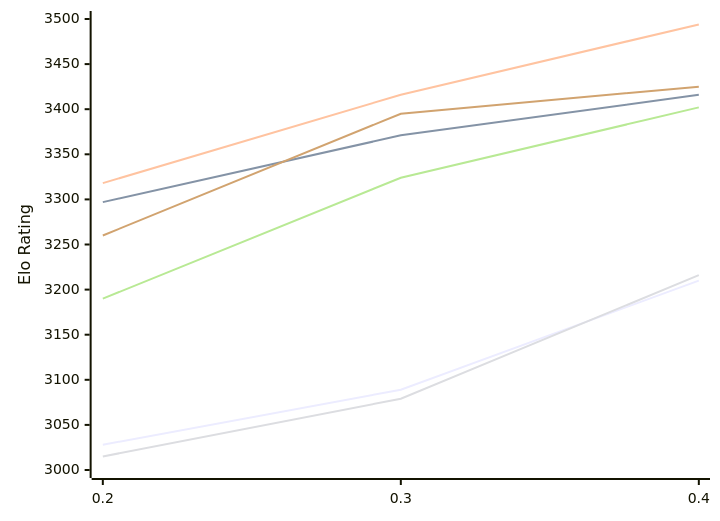
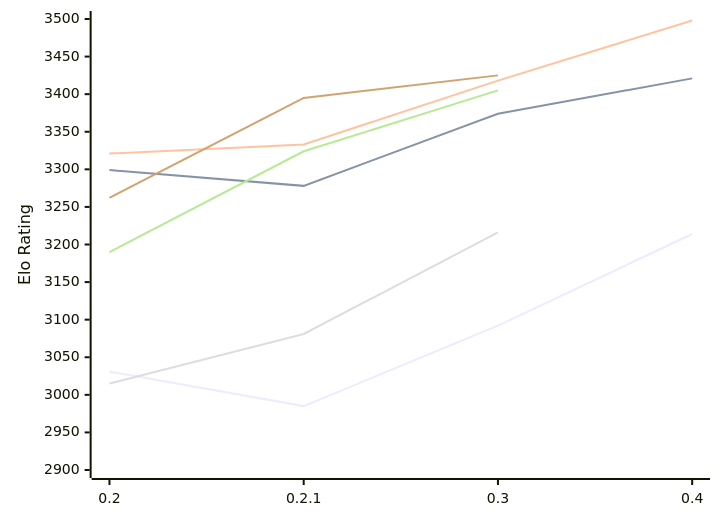
One commit to computer-chess-index/cci changed the diagram in engines/StockDory.md. Above: the diagram before and after it, drawn with Mermaid. The commit also changed other lines of this file, not shown here.

Commit message:
Update CCI Ratings (ELO VLTC) - 2026-11-22

````diff
--- a/engines/StockDory.md
+++ b/engines/StockDory.md
@@ -51,12 +52,12 @@
 ```mermaid
 %%{init: {"theme":"base","themeVariables":{"seriesColors:['#a3a3a3','#222221','#faa371']}}}%%
 xychart-beta
-  x-axis ["0.2", "0.3", "0.4"]
-  y-axis "Elo Rating" 3000 --> 3500
-  line "E1: STC (8.0+0.08s)" [3028, 3089, 3210]
-  line "E1: LTC (60.0+0.60s)" [3297, 3371, 3416]
-  line "E1: VLTC (2m24s+1.12s)" [3318, 3416, 3494]
-  line "P1: STC (8.0+0.08s)" [3015, 3079, 3216]
-  line "P1: LTC (60.0+0.60s)" [3190, 3324, 3402]
-  line "P1: VLTC (2m24s+1.12s)" [3260, 3395, 3425]
+  x-axis ["0.2", "0.2.1", "0.3", "0.4"]
+  y-axis "Elo Rating" 2900 --> 3500
+  line "E1: STC (8.0+0.08s)" [3031, 2985, 3092, 3214]
+  line "E1: LTC (60.0+0.60s)" [3299, 3278, 3374, 3421]
+  line "E1: VLTC (2m24s+1.12s)" [3321, 3333, 3418, 3498]
+  line "P1: STC (8.0+0.08s)" [3015, 3081, 3216]
+  line "P1: LTC (60.0+0.60s)" [3190, 3324, 3405]
+  line "P1: VLTC (2m24s+1.12s)" [3262, 3395, 3425]
 ```
````
